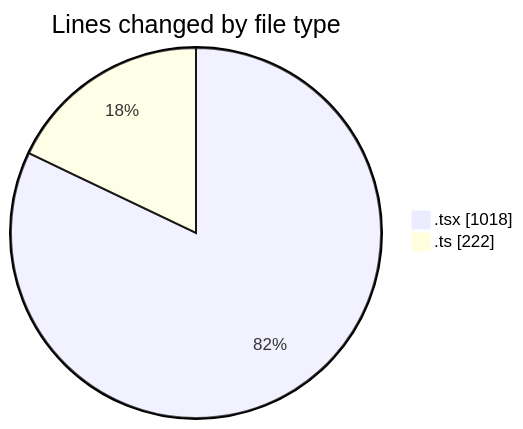
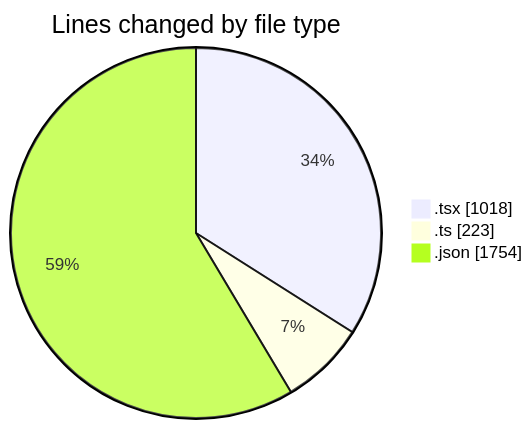
The first of 2 diagrams in 2025-10-31/eventscop-frontend-guide__workspace_/README.md (julien-gomy/code-tracking), drawn with Mermaid before and after one commit. The commit also changed other lines of this file and 1 other file, not shown here.

````diff
--- a/2025-10-31/eventscop-frontend-guide__workspace_/README.md
+++ b/2025-10-31/eventscop-frontend-guide__workspace_/README.md
@@ -26,6 +27,7 @@
 ```mermaid
 pie showData
 title Lines changed by file type
 ".tsx" : 1018
-".ts" : 222
+".ts" : 223
+".json" : 1754
 ```
````
